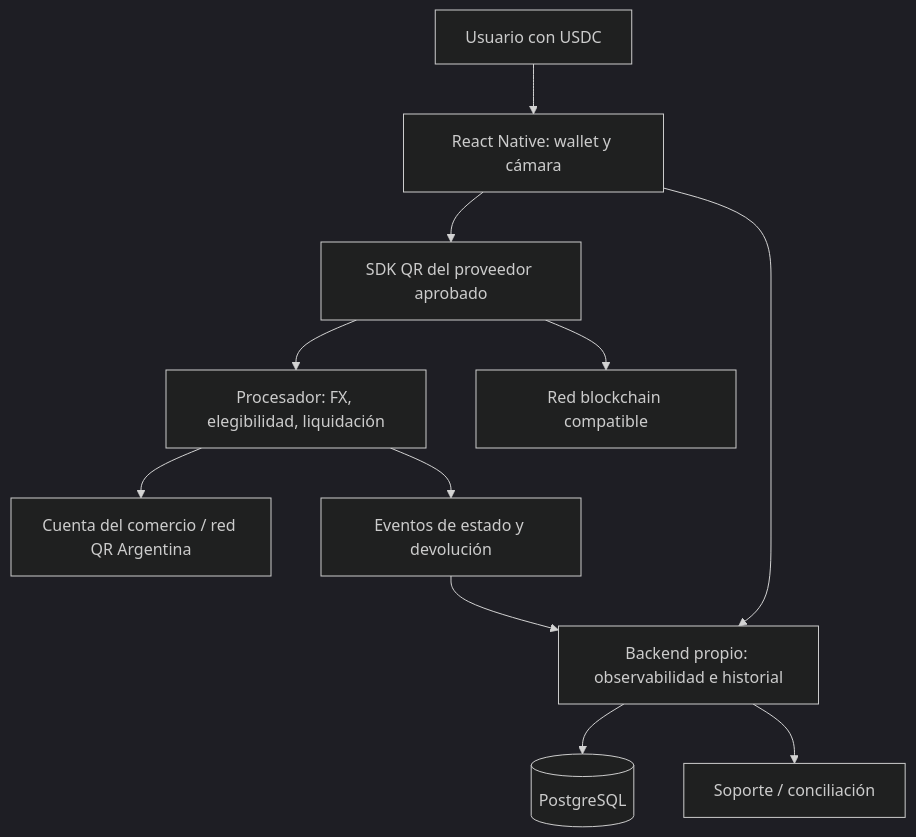
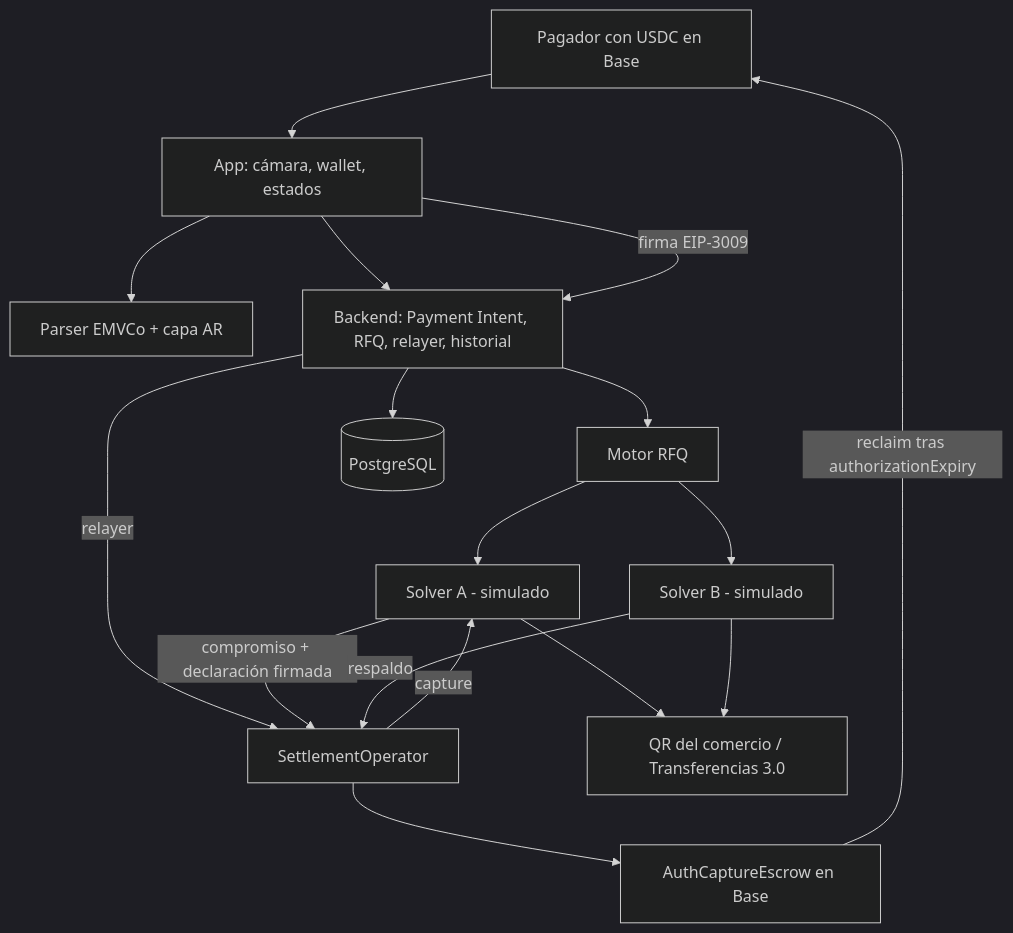
The first of 2 diagrams in docs/04-arquitectura-tecnica.md (HyNuwa/tuki), drawn with Mermaid (dark theme) before and after one commit. The commit also changed other lines of this file and 20 other files, not shown here.

First line of the commit message:
docs: document RFQ solver settlement model and stack decisions

````diff
--- a/docs/04-arquitectura-tecnica.md
+++ b/docs/04-arquitectura-tecnica.md
@@ -15,13 +43,19 @@
 ```mermaid
 flowchart TB
-  U[Usuario con USDC] --> APP[React Native: wallet y cámara]
-  APP --> SDK[SDK QR del proveedor aprobado]
-  APP --> API[Backend propio: observabilidad e historial]
-  SDK --> RAIL[Procesador: FX, elegibilidad, liquidación]
-  RAIL --> FIAT[Cuenta del comercio / red QR Argentina]
-  SDK --> CHAIN[Red blockchain compatible]
-  RAIL --> CALLBACK[Eventos de estado y devolución]
-  CALLBACK --> API
+  U[Pagador con USDC en Base] --> APP[App: cámara, wallet, estados]
+  APP --> QR[Parser EMVCo + capa AR]
+  APP --> API[Backend: Payment Intent, RFQ, relayer, historial]
+  API --> RFQ[Motor RFQ]
+  RFQ --> SA[Solver A - simulado]
+  RFQ --> SB[Solver B - simulado]
+  APP -- firma EIP-3009 --> API
+  API -- relayer --> OP[SettlementOperator]
+  OP --> ESC[AuthCaptureEscrow en Base]
+  SA -- compromiso + declaración firmada --> OP
+  SB -- respaldo --> OP
+  SA --> FIAT[QR del comercio / Transferencias 3.0]
+  SB --> FIAT
+  OP -- capture --> SA
+  ESC -- reclaim tras authorizationExpiry --> U
   API --> DB[(PostgreSQL)]
-  API --> SUPPORT[Soporte / conciliación]
 ```
````
